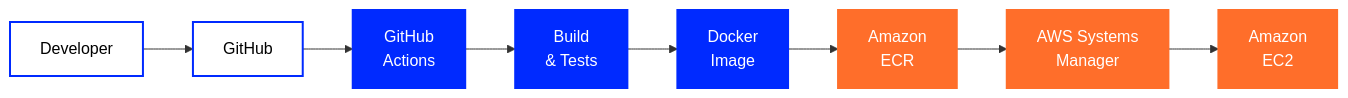
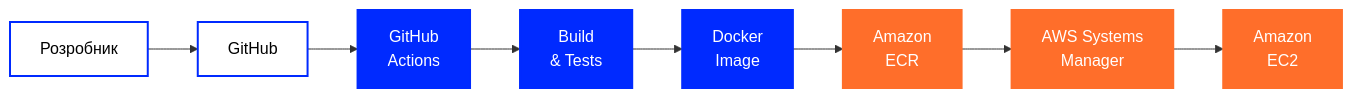
Before and after one commit to tr3ba/.github: the second of 2 diagrams in profile/README.md, drawn with Mermaid. The commit also changed other lines of this file, not shown here.

````diff
--- a/profile/README.md
+++ b/profile/README.md
@@ -334,29 +355,29 @@
 ```mermaid
 flowchart LR
 
-    DEV["Developer"]
+    DEV["Розробник"]
     GH["GitHub"]
     ACTIONS["GitHub<br/>Actions"]
     TEST["Build<br/>& Tests"]
     DOCKER["Docker<br/>Image"]
     ECR["Amazon<br/>ECR"]
     SSM["AWS Systems<br/>Manager"]
     EC2["Amazon<br/>EC2"]
 
     DEV --> GH
     GH --> ACTIONS
     ACTIONS --> TEST
     TEST --> DOCKER
     DOCKER --> ECR
     ECR --> SSM
     SSM --> EC2
 
     style DEV fill:#ffffff,color:#000000,stroke:#002AFF,stroke-width:2px
     style GH fill:#ffffff,color:#000000,stroke:#002AFF,stroke-width:2px
     style ACTIONS fill:#002AFF,color:#ffffff,stroke:#002AFF,stroke-width:2px
     style TEST fill:#002AFF,color:#ffffff,stroke:#002AFF,stroke-width:2px
     style DOCKER fill:#002AFF,color:#ffffff,stroke:#002AFF,stroke-width:2px
     style ECR fill:#FF6E2A,color:#ffffff,stroke:#FF6E2A,stroke-width:2px
     style SSM fill:#FF6E2A,color:#ffffff,stroke:#FF6E2A,stroke-width:2px
     style EC2 fill:#FF6E2A,color:#ffffff,stroke:#FF6E2A,stroke-width:2px
 ```
````
